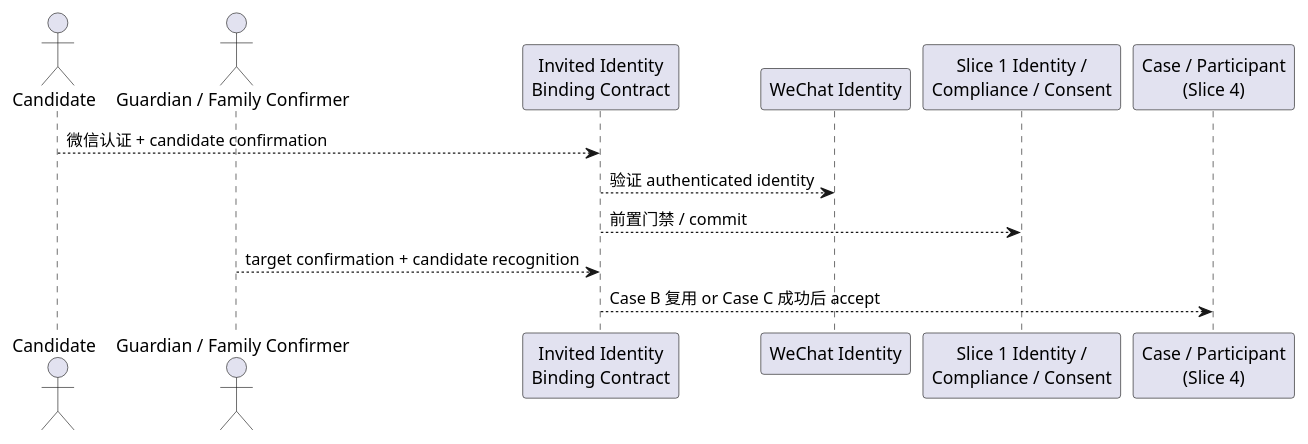
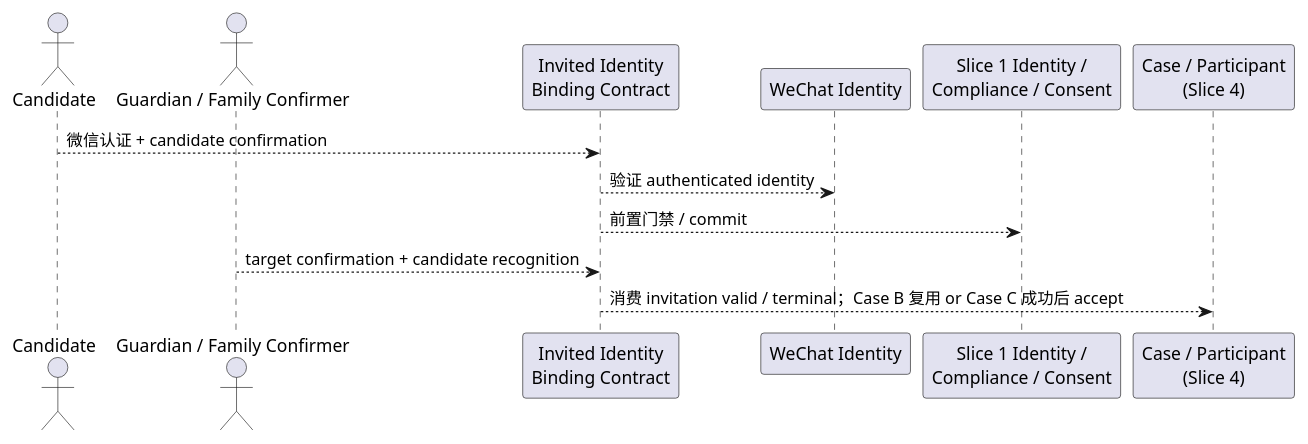
The diagram in specs/005-invited-identity-binding-contract/spec.md (pyxm1618/xiaoshuyin), drawn with PlantUML before and after one commit. The commit also changed other lines of this file and 2 other files, not shown here.

````diff
--- a/specs/005-invited-identity-binding-contract/spec.md
+++ b/specs/005-invited-identity-binding-contract/spec.md
@@ -121,16 +127,16 @@
 ```plantuml
 @startuml
 actor "Candidate" as Candidate
 actor "Guardian / Family Confirmer" as Confirmer
 participant "Invited Identity\nBinding Contract" as Binding
 participant "WeChat Identity" as WeChat
 participant "Slice 1 Identity /\nCompliance / Consent" as Slice1
 participant "Case / Participant\n(Slice 4)" as Case
 
 Candidate --> Binding : 微信认证 + candidate confirmation
 Binding --> WeChat : 验证 authenticated identity
 Binding --> Slice1 : 前置门禁 / commit
 Confirmer --> Binding : target confirmation + candidate recognition
-Binding --> Case : Case B 复用 or Case C 成功后 accept
+Binding --> Case : 消费 invitation valid / terminal；Case B 复用 or Case C 成功后 accept
 @enduml
 ```
````
